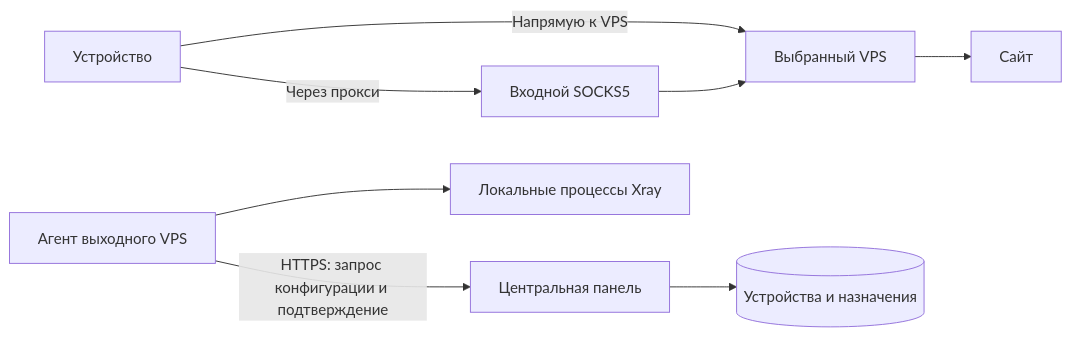
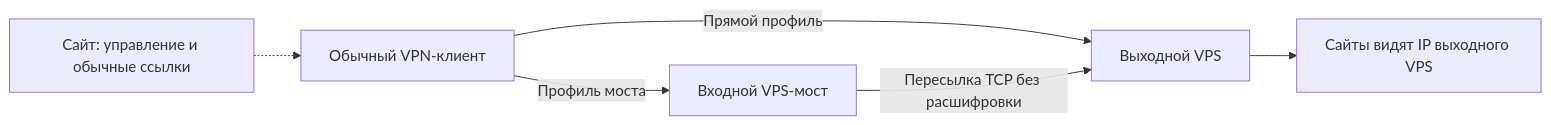
One commit to rvburov/private-gateway changed the diagram in docs/managed-vps.md. Above: the diagram before and after it, drawn with Mermaid. The commit also changed other lines of this file and 48 other files, not shown here.

First line of the commit message:
Замените клиентские SOCKS5-цепочки обычными профилями через VPS-мост

````diff
--- a/docs/managed-vps.md
+++ b/docs/managed-vps.md
@@ -7,10 +10,8 @@
 ```mermaid
 flowchart LR
-    Device[Устройство] -->|Напрямую к VPS| Exit[Выбранный VPS]
-    Device -->|Через прокси| Entry[Входной SOCKS5]
-    Entry --> Exit
-    Exit --> Site[Сайт]
-    Panel[Центральная панель] --> DB[(Устройства и назначения)]
-    Agent[Агент выходного VPS] -->|HTTPS: запрос конфигурации и подтверждение| Panel
-    Agent --> Xray[Локальные процессы Xray]
+    Device[Обычный VPN-клиент] -->|Прямой профиль| Exit[Выходной VPS]
+    Device -->|Профиль моста| Bridge[Входной VPS-мост]
+    Bridge -->|Пересылка TCP без расшифровки| Exit
+    Exit --> Site[Сайты видят IP выходного VPS]
+    Panel[Сайт: управление и обычные ссылки] -.-> Device
 ```
````
